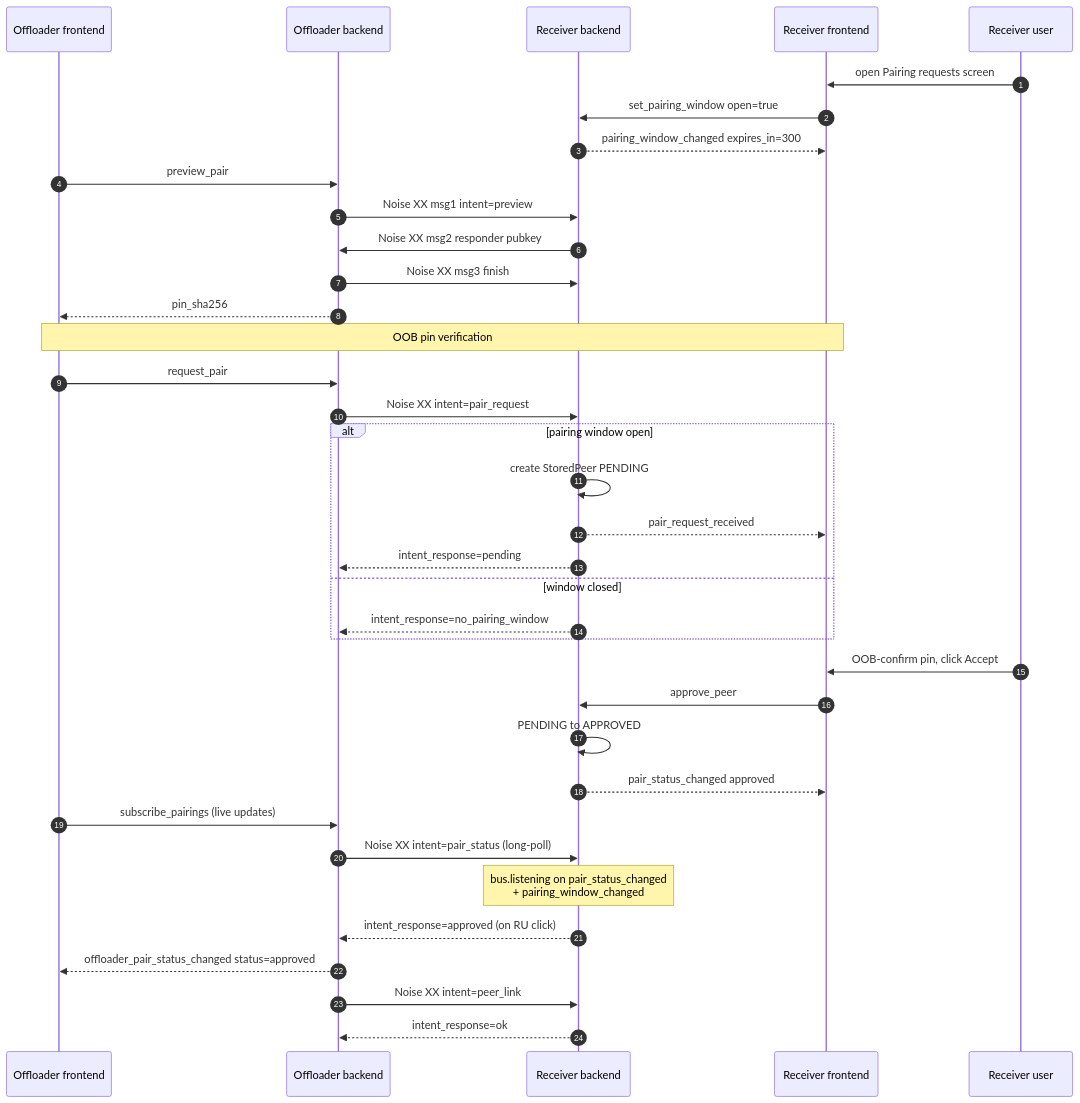
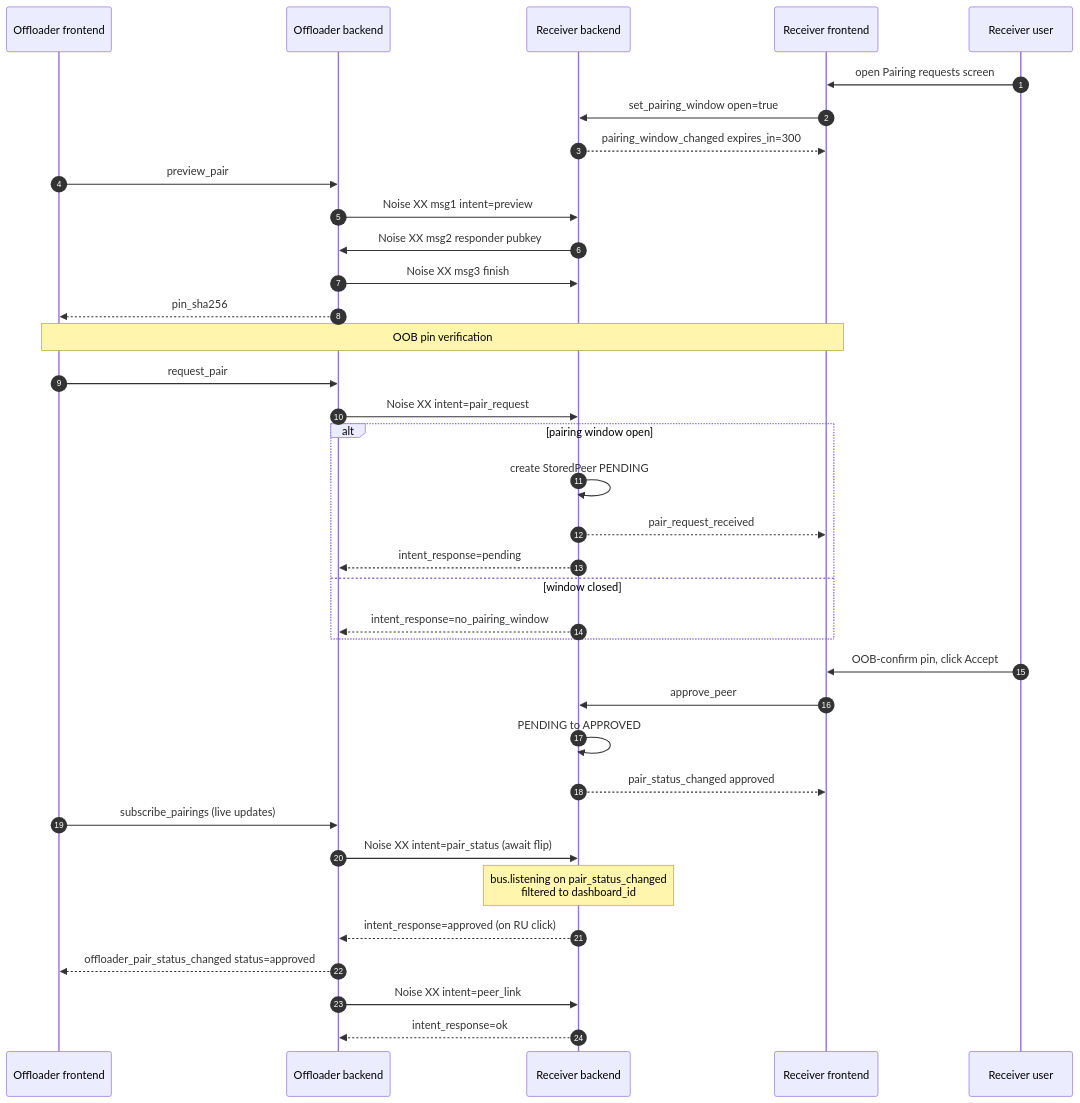
Before and after one commit to esphome/device-builder: the diagram in docs/ARCHITECTURE.md, drawn with Mermaid. The commit also changed 3 other files, not shown here.

````diff
--- a/docs/ARCHITECTURE.md
+++ b/docs/ARCHITECTURE.md
@@ -280,45 +280,45 @@
 ```mermaid
 sequenceDiagram
     autonumber
     participant OF as Offloader frontend
     participant OB as Offloader backend
     participant RB as Receiver backend
     participant RF as Receiver frontend
     participant RU as Receiver user
 
     RU->>RF: open Pairing requests screen
     RF->>RB: set_pairing_window open=true
     RB-->>RF: pairing_window_changed expires_in=300
 
     OF->>OB: preview_pair
     OB->>RB: Noise XX msg1 intent=preview
     RB->>OB: Noise XX msg2 responder pubkey
     OB->>RB: Noise XX msg3 finish
     OB-->>OF: pin_sha256
 
     Note over OF,RF: OOB pin verification
 
     OF->>OB: request_pair
     OB->>RB: Noise XX intent=pair_request
     alt pairing window open
         RB->>RB: create StoredPeer PENDING
         RB-->>RF: pair_request_received
         RB-->>OB: intent_response=pending
     else window closed
         RB-->>OB: intent_response=no_pairing_window
     end
 
     RU->>RF: OOB-confirm pin, click Accept
     RF->>RB: approve_peer
     RB->>RB: PENDING to APPROVED
     RB-->>RF: pair_status_changed approved
 
     OF->>OB: subscribe_pairings (live updates)
-    OB->>RB: Noise XX intent=pair_status (long-poll)
-    Note over RB: bus.listening on pair_status_changed<br/>+ pairing_window_changed
+    OB->>RB: Noise XX intent=pair_status (await flip)
+    Note over RB: bus.listening on pair_status_changed<br/>filtered to dashboard_id
     RB-->>OB: intent_response=approved (on RU click)
     OB-->>OF: offloader_pair_status_changed status=approved
 
     OB->>RB: Noise XX intent=peer_link
     RB-->>OB: intent_response=ok
 ```
````
